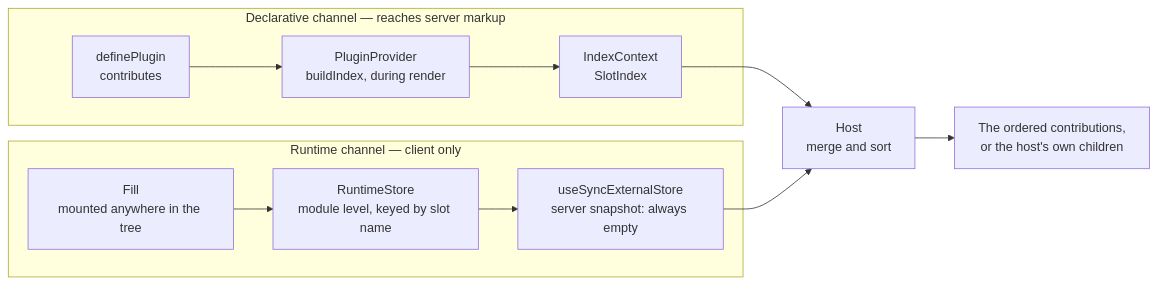
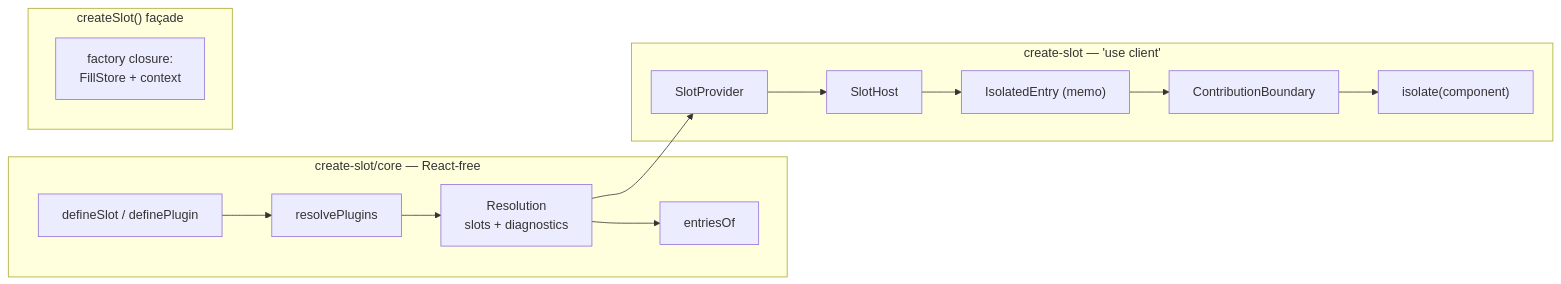
The diagram in docs/ARCHITECTURE.md (r13v/create-slot), drawn with Mermaid before and after one commit. The commit also changed other lines of this file and 129 other files, not shown here.

````diff
--- a/docs/ARCHITECTURE.md
+++ b/docs/ARCHITECTURE.md
@@ -41,14 +13,20 @@
 ```mermaid
 flowchart LR
-  subgraph d["Declarative channel — reaches server markup"]
-    A["definePlugin<br/>contributes"] --> B["PluginProvider<br/>buildIndex, during render"]
-    B --> C["IndexContext<br/>SlotIndex"]
+  subgraph core ["create-slot/core — React-free"]
+    A["defineSlot / definePlugin"] --> B["resolvePlugins"]
+    B --> C["Resolution<br/>slots + diagnostics"]
+    C --> D["entriesOf"]
   end
-  subgraph r["Runtime channel — client only"]
-    D["Fill<br/>mounted anywhere in the tree"] --> E["RuntimeStore<br/>module level, keyed by slot name"]
-    E --> F["useSyncExternalStore<br/>server snapshot: always empty"]
+
+  subgraph adapter ["create-slot — 'use client'"]
+    C --> E["SlotProvider"]
+    E --> F["SlotHost"]
+    F --> G["IsolatedEntry (memo)"]
+    G --> H["ContributionBoundary"]
+    H --> I["isolate(component)"]
   end
-  C --> G["Host<br/>merge and sort"]
-  F --> G
-  G --> H["The ordered contributions,<br/>or the host's own children"]
+
+  subgraph facade ["createSlot() façade"]
+    J["factory closure:<br/>FillStore + context"]
+  end
 ```
````
